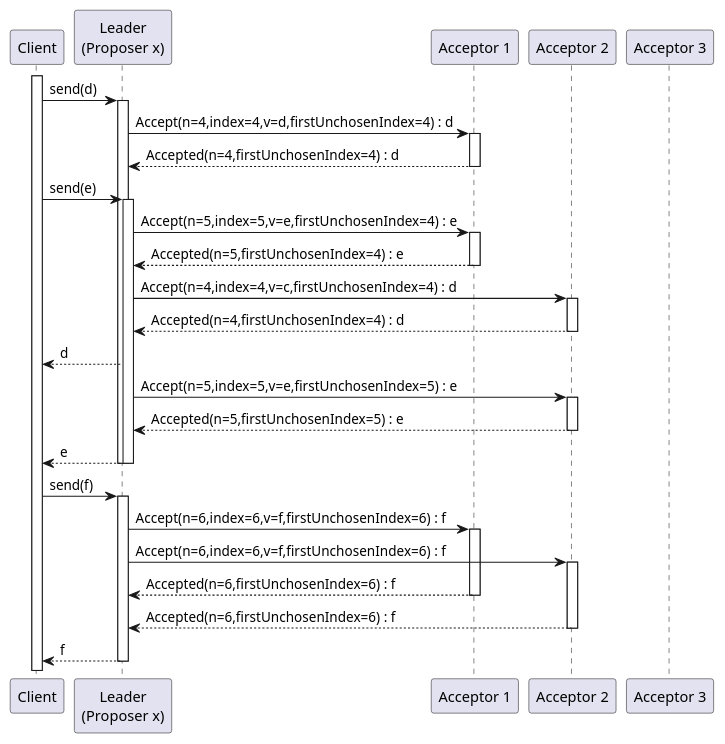
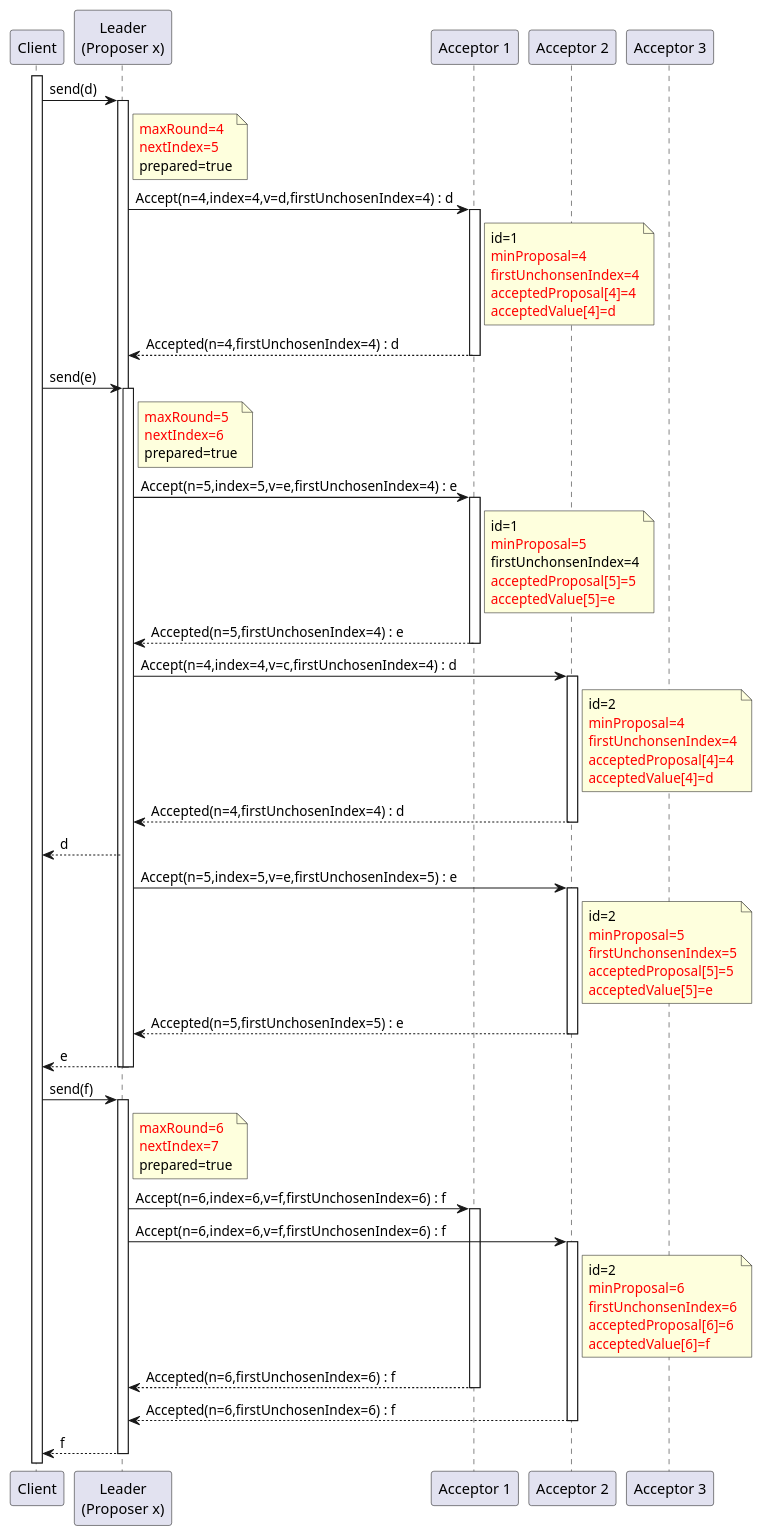
Before and after one commit to nocnob/notfound: the second of 3 diagrams in src/pages/posts/distribution-paxos-multi.adoc, drawn with PlantUML. The commit also changed other lines of this file, not shown here.

```diff
--- a/src/pages/posts/distribution-paxos-multi.adoc
+++ b/src/pages/posts/distribution-paxos-multi.adoc
@@ -118,27 +122,66 @@
 
 activate c
 c -> l : send(d)
+note right l
+    <font color=red>maxRound=4
+    <font color=red>nextIndex=5
+    prepared=true
+end note
 activate l
     l -> a1 : Accept(n=4,index=4,v=d,firstUnchosenIndex=4) : d
     activate a1
+    note right a1
+        id=1
+        <font color=red>minProposal=4
+        <font color=red>firstUnchonsenIndex=4
+        <font color=red>acceptedProposal[4]=4
+        <font color=red>acceptedValue[4]=d
+    end note
     l <-- a1 : Accepted(n=4,firstUnchosenIndex=4) : d
     deactivate a1
 
+
 c -> l : send(e)
+note right l
+    <font color=red>maxRound=5
+    <font color=red>nextIndex=6
+    prepared=true
+end note
 activate l
     l -> a1 : Accept(n=5,index=5,v=e,firstUnchosenIndex=4) : e
     activate a1
+    note right a1
+        id=1
+        <font color=red>minProposal=5
+        firstUnchonsenIndex=4
+        <font color=red>acceptedProposal[5]=5
+        <font color=red>acceptedValue[5]=e
+    end note
     l <-- a1 : Accepted(n=5,firstUnchosenIndex=4) : e
     deactivate a1
 
     l -> a2 : Accept(n=4,index=4,v=c,firstUnchosenIndex=4) : d
     activate a2
+    note right a2
+        id=2
+        <font color=red>minProposal=4
+        <font color=red>firstUnchonsenIndex=4
+        <font color=red>acceptedProposal[4]=4
+        <font color=red>acceptedValue[4]=d
+    end note
     l <-- a2 : Accepted(n=4,firstUnchosenIndex=4) : d
     deactivate a2
 c <-- l : d
 
     l -> a2 : Accept(n=5,index=5,v=e,firstUnchosenIndex=5) : e
     activate a2
+    note right a2
+        id=2
+        <font color=red>minProposal=5
+        <font color=red>firstUnchonsenIndex=5
+        <font color=red>acceptedProposal[5]=5
+        <font color=red>acceptedValue[5]=e
+    end note
     l <-- a2 : Accepted(n=5,firstUnchosenIndex=5) : e
     deactivate a2
 c <-- l : e
@@ -146,11 +189,23 @@
 deactivate l
 
 c -> l : send(f)
+note right l
+    <font color=red>maxRound=6
+    <font color=red>nextIndex=7
+    prepared=true
+end note
 activate l
     l -> a1 : Accept(n=6,index=6,v=f,firstUnchosenIndex=6) : f
     activate a1
     l -> a2 : Accept(n=6,index=6,v=f,firstUnchosenIndex=6) : f
     activate a2
+    note right a2
+        id=2
+        <font color=red>minProposal=6
+        <font color=red>firstUnchonsenIndex=6
+        <font color=red>acceptedProposal[6]=6
+        <font color=red>acceptedValue[6]=f
+    end note
     l <-- a1 : Accepted(n=6,firstUnchosenIndex=6) : f
     deactivate a1
     l <-- a2 : Accepted(n=6,firstUnchosenIndex=6) : f
```
